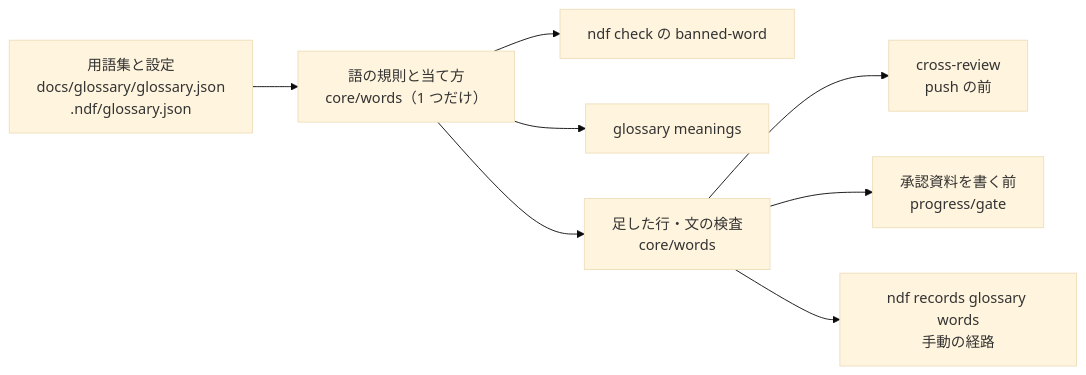
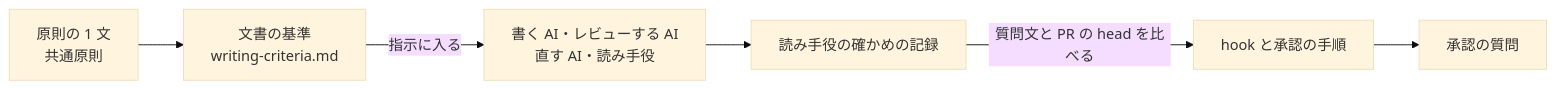
Before and after one commit to devbasex/ai-plugins: the second of 2 diagrams in issues/issue-4285-design.md, drawn with Mermaid (base theme). The commit also changed other lines of this file and 2 other files, not shown here.

````diff
--- a/issues/issue-4285-design.md
+++ b/issues/issue-4285-design.md
@@ -56,10 +37,8 @@
 ```mermaid
-graph LR
-  GL["用語集と設定<br>docs/glossary/glossary.json<br>.ndf/glossary.json"] --> W["語の規則と当て方<br>core/words（1 つだけ）"]
-  W --> C1["ndf check の banned-word"]
-  W --> C2["glossary meanings"]
-  W --> A["足した行・文の検査<br>core/words"]
-  A --> R["cross-review<br>push の前"]
-  A --> G["承認資料を書く前<br>progress/gate"]
-  A --> T["ndf records glossary words<br>手動の経路"]
+flowchart LR
+    P["原則の 1 文<br/>共通原則"] --> R["文書の基準<br/>writing-criteria.md"]
+    R -->|指示に入る| W["書く AI・レビューする AI<br/>直す AI・読み手役"]
+    W --> K["読み手役の確かめの記録"]
+    K -->|質問文と PR の head を比べる| H["hook と承認の手順"]
+    H --> Q["承認の質問"]
 ```
````
